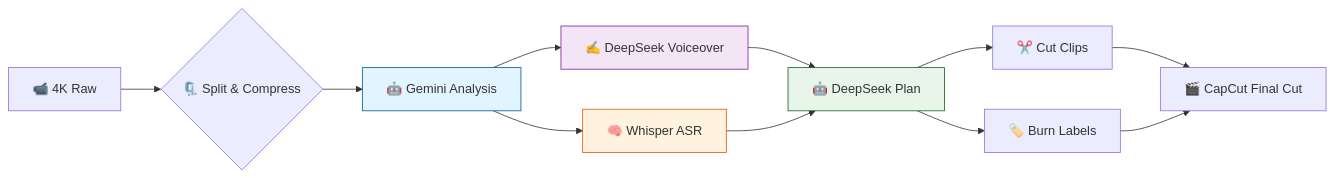
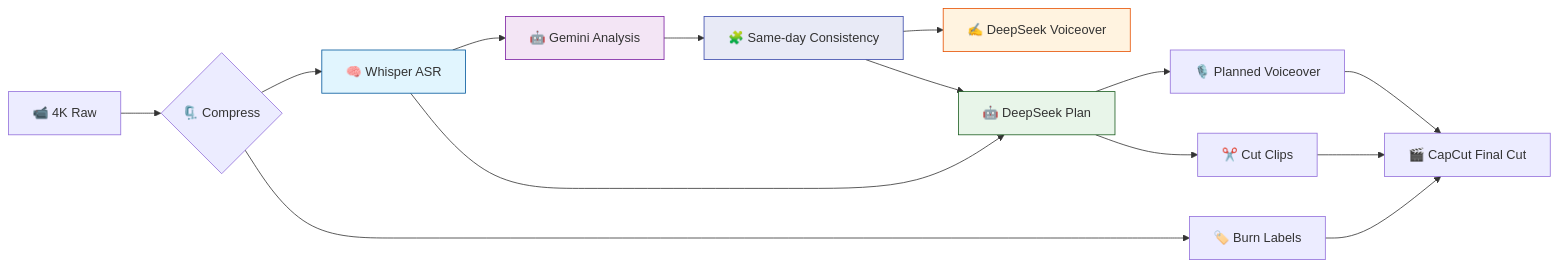
One commit to Leisurelybear/clio changed the diagram in README.en.md. Above: the diagram before and after it, drawn with Mermaid. The commit also changed other lines of this file and 1 other file, not shown here.

Commit message:
docs(readme): remove stale counts and sync pipeline flow

````diff
--- a/README.en.md
+++ b/README.en.md
@@ -77,17 +76,20 @@
 ```mermaid
 graph LR
-    A[📹 4K Raw] --> B{🗜️ Split & Compress}
-    B --> C[🤖 Gemini Analysis]
-    C --> D[✍️ DeepSeek Voiceover]
-    C --> E[🧠 Whisper ASR]
-    D --> F[🤖 DeepSeek Plan]
-    E --> F
-    F --> G[✂️ Cut Clips]
-    F --> H[🏷️ Burn Labels]
-    G & H --> I[🎬 CapCut Final Cut]
+    A[📹 4K Raw] --> B{🗜️ Compress}
+    B --> C[🧠 Whisper ASR]
+    C --> D[🤖 Gemini Analysis]
+    D --> E[🧩 Same-day Consistency]
+    E --> F[✍️ DeepSeek Voiceover]
+    E --> G[🤖 DeepSeek Plan]
+    C --> G
+    G --> H[🎙️ Planned Voiceover]
+    G --> I[✂️ Cut Clips]
+    B --> J[🏷️ Burn Labels]
+    H & I & J --> K[🎬 CapCut Final Cut]
 
     style C fill:#e1f5fe,stroke:#01579b
     style D fill:#f3e5f5,stroke:#7b1fa2
-    style E fill:#fff3e0,stroke:#e65100
-    style F fill:#e8f5e9,stroke:#1b5e20
+    style E fill:#e8eaf6,stroke:#3949ab
+    style F fill:#fff3e0,stroke:#e65100
+    style G fill:#e8f5e9,stroke:#1b5e20
 ```
````
